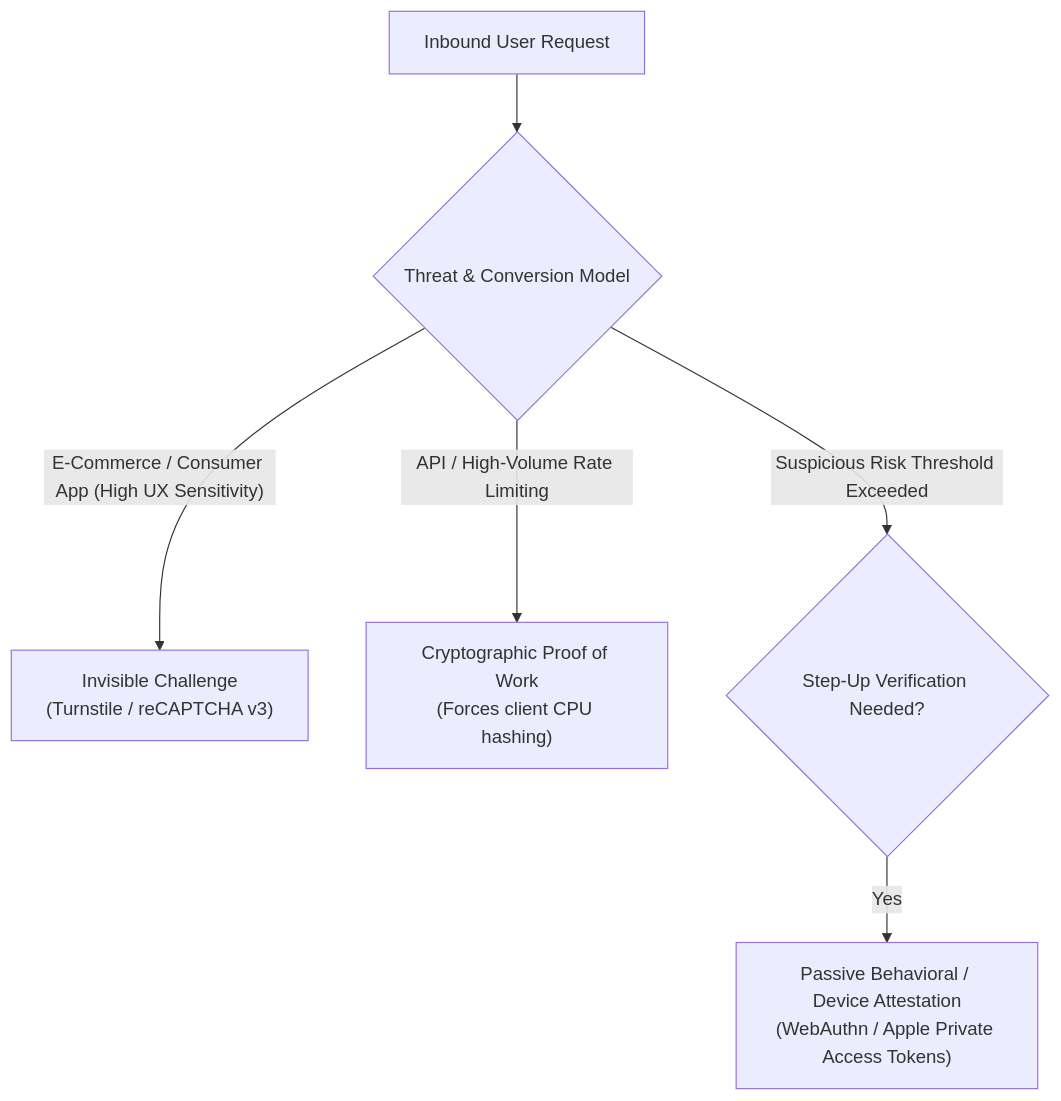
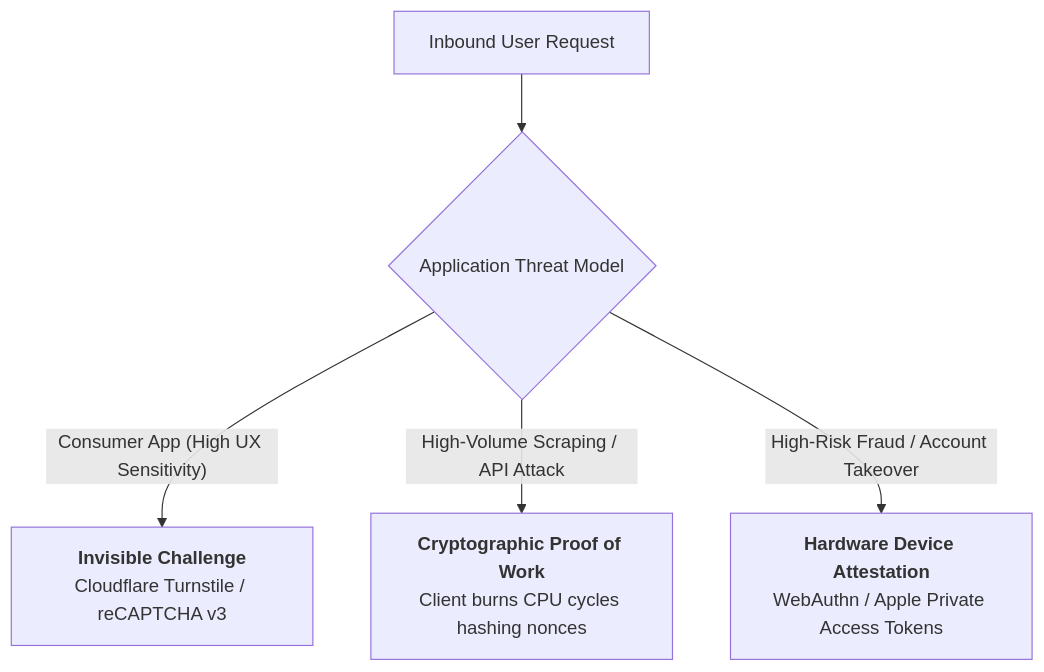
The first of 3 diagrams in _posts/2026-10-22-traditional-captcha-vs-invisible-challenges.md (naimurhasan/naimurhasan.github.io), drawn with Mermaid before and after one commit. The commit also changed other lines of this file and 28 other files, not shown here.

Commit message:
fix(blog): refactor all Mermaid diagrams to vertical legible layouts and restore in-body illustrations

````diff
--- a/_posts/2026-10-22-traditional-captcha-vs-invisible-challenges.md
+++ b/_posts/2026-10-22-traditional-captcha-vs-invisible-challenges.md
@@ -25,8 +25,7 @@
 ```mermaid
-graph TD
-  Start["Inbound User Request"] --> ThreatModel{"Threat & Conversion Model"}
-  ThreatModel -- "E-Commerce / Consumer App (High UX Sensitivity)" --> Invisible["Invisible Challenge<br/>(Turnstile / reCAPTCHA v3)"]
-  ThreatModel -- "API / High-Volume Rate Limiting" --> PoW["Cryptographic Proof of Work<br/>(Forces client CPU hashing)"]
-  ThreatModel -- "Suspicious Risk Threshold Exceeded" --> StepUp{"Step-Up Verification Needed?"}
-  StepUp -- "Yes" --> Biometric["Passive Behavioral / Device Attestation<br/>(WebAuthn / Apple Private Access Tokens)"]
+flowchart TD
+  Start["Inbound User Request"] --> Threat{"Application Threat Model"}
+  Threat -- "Consumer App (High UX Sensitivity)" --> Invisible["<b>Invisible Challenge</b><br/>Cloudflare Turnstile / reCAPTCHA v3"]
+  Threat -- "High-Volume Scraping / API Attack" --> PoW["<b>Cryptographic Proof of Work</b><br/>Client burns CPU cycles hashing nonces"]
+  Threat -- "High-Risk Fraud / Account Takeover" --> Biometric["<b>Hardware Device Attestation</b><br/>WebAuthn / Apple Private Access Tokens"]
 ```
````
